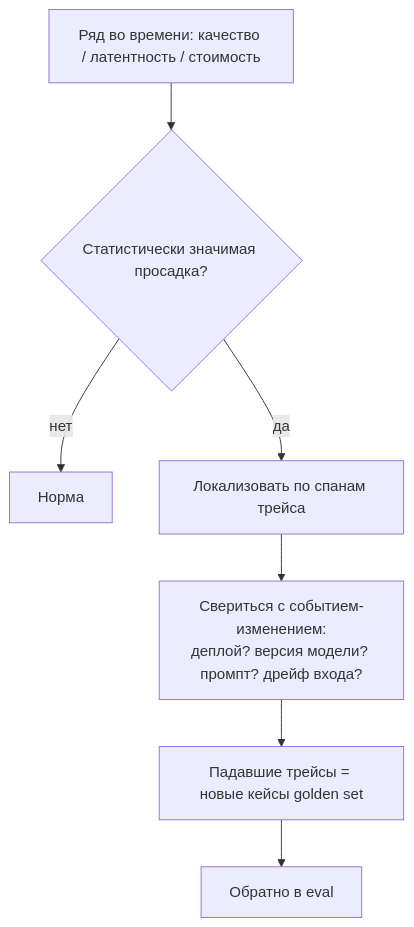
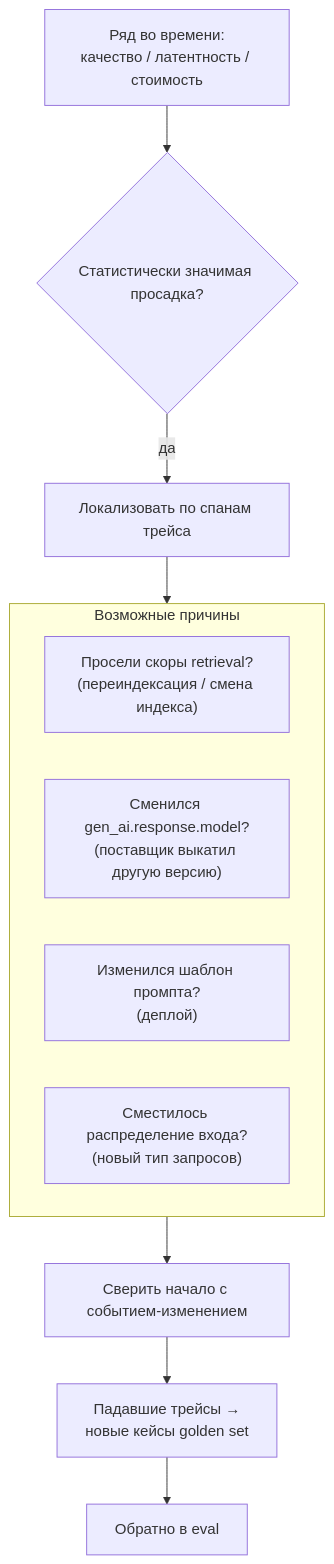
One commit to NikolaiSachok/ai-engineering-handbook changed the second of 2 diagrams in i18n/ru/docusaurus-plugin-content-docs/current/part-1-rag/cross-cutting/observability/deep-dive.md. Above: the diagram before and after it, drawn with Mermaid. The commit also changed other lines of this file and 21 other files, not shown here.

First line of the commit message:
fix(i18n): reconcile 28 drifted diagrams and make the parity gate read inside a fence (#453)

````diff
--- a/i18n/ru/docusaurus-plugin-content-docs/current/part-1-rag/cross-cutting/observability/deep-dive.md
+++ b/i18n/ru/docusaurus-plugin-content-docs/current/part-1-rag/cross-cutting/observability/deep-dive.md
@@ -155,9 +153,16 @@
 ```mermaid
 flowchart TB
-    M["Ряд во времени: качество / латентность / стоимость"] --> D{"Статистически значимая просадка?"}
-    D -->|нет| N["Норма"]
-    D -->|да| A["Локализовать по спанам трейса"]
-    A --> E["Свериться с событием-изменением:<br/>деплой? версия модели? промпт? дрейф входа?"]
-    E --> F["Падавшие трейсы = новые кейсы golden set"]
-    F --> G["Обратно в eval"]
+    M["Ряд во времени:<br/>качество / латентность / стоимость"] --> DR{"Статистически значимая просадка?"}
+    DR -->|"да"| A["Локализовать по спанам трейса"]
+    A --> Causes
+    subgraph Causes["Возможные причины"]
+        direction LR
+        C1["Просели скоры retrieval?<br/>(переиндексация / смена индекса)"]
+        C2["Сменился gen_ai.response.model?<br/>(поставщик выкатил другую версию)"]
+        C3["Изменился шаблон промпта?<br/>(деплой)"]
+        C4["Сместилось распределение входа?<br/>(новый тип запросов)"]
+    end
+    Causes --> CE["Сверить начало с событием-изменением"]
+    CE --> F["Падавшие трейсы →<br/>новые кейсы golden set"]
+    F --> E["Обратно в eval"]
 ```
````
